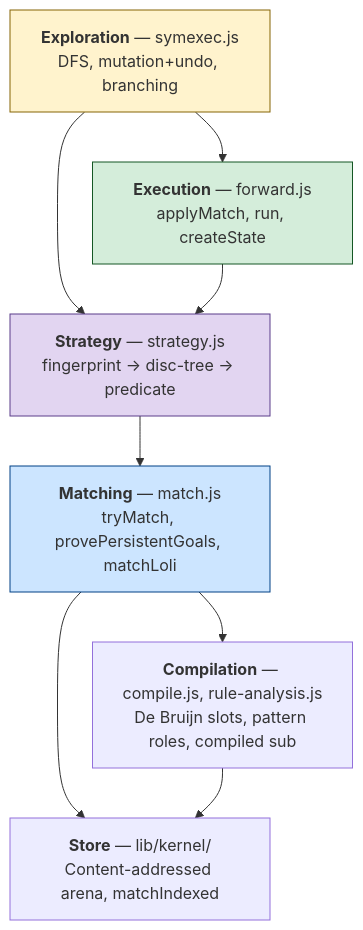
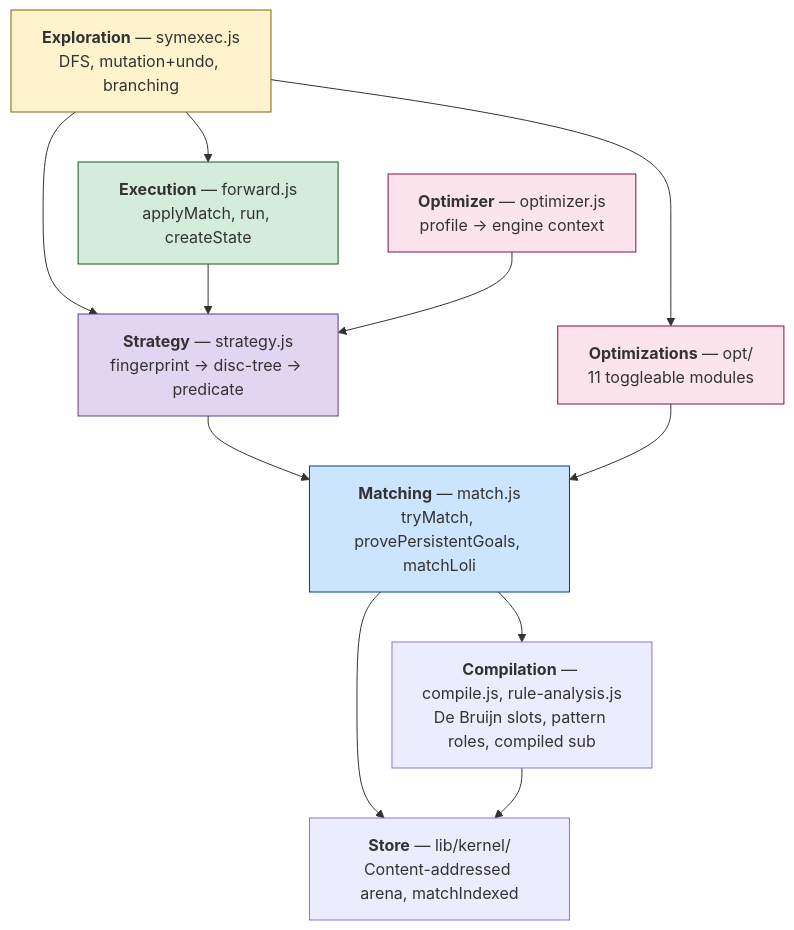
The second of 2 diagrams in doc/documentation/architecture.md (mhhf/calc), drawn with Mermaid before and after one commit. The commit also changed other lines of this file and 3 other files, not shown here.

First line of the commit message:
docs: add optimization-architecture.md, update engine docs for opt/ extraction

````diff
--- a/doc/documentation/architecture.md
+++ b/doc/documentation/architecture.md
@@ -209,22 +224,29 @@
 ```mermaid
 graph TB
     EXP["<b>Exploration</b> — symexec.js<br/>DFS, mutation+undo, branching"]
     EXEC["<b>Execution</b> — forward.js<br/>applyMatch, run, createState"]
     STRAT["<b>Strategy</b> — strategy.js<br/>fingerprint → disc-tree → predicate"]
     MAT["<b>Matching</b> — match.js<br/>tryMatch, provePersistentGoals, matchLoli"]
+    OPT["<b>Optimizations</b> — opt/<br/>11 toggleable modules"]
+    OPTIM["<b>Optimizer</b> — optimizer.js<br/>profile → engine context"]
     COMP["<b>Compilation</b> — compile.js, rule-analysis.js<br/>De Bruijn slots, pattern roles, compiled sub"]
     STO["<b>Store</b> — lib/kernel/<br/>Content-addressed arena, matchIndexed"]
 
     EXP --> EXEC
     EXP --> STRAT
+    EXP --> OPT
     EXEC --> STRAT
     STRAT --> MAT
     MAT --> COMP
     MAT --> STO
     COMP --> STO
+    OPTIM --> STRAT
+    OPT --> MAT
 
     style MAT fill:#cce5ff,stroke:#004085
     style STRAT fill:#e2d5f1,stroke:#5a3d8a
     style EXEC fill:#d4edda,stroke:#155724
     style EXP fill:#fff3cd,stroke:#856404
+    style OPT fill:#fce4ec,stroke:#880e4f
+    style OPTIM fill:#fce4ec,stroke:#880e4f
 ```
````
